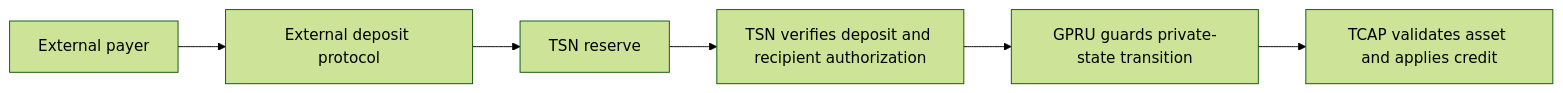
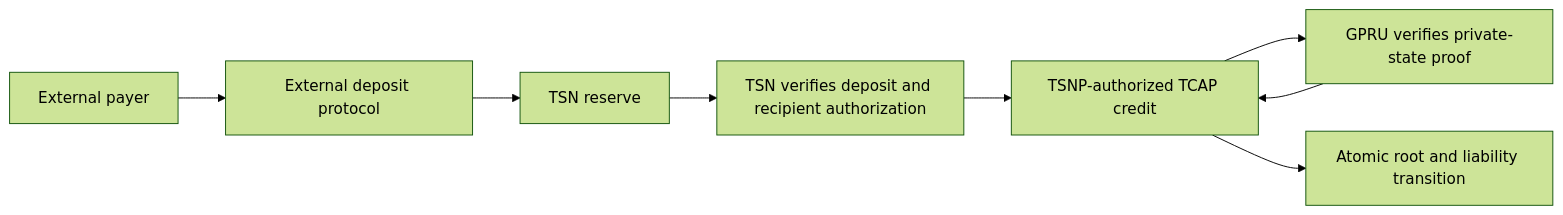
One commit to Trustlink-Labs/TSN-Protocol changed the diagram in tsn-docs/layers/dip.mdx. Above: the diagram before and after it, drawn with Mermaid (forest theme). The commit also changed 126 other files, not shown here.

````diff
--- a/tsn-docs/layers/dip.mdx
+++ b/tsn-docs/layers/dip.mdx
@@ -11,8 +11,10 @@
 ```mermaid
 flowchart LR
     P[External payer] --> X[External deposit protocol]
     X --> R[TSN reserve]
     R --> V[TSN verifies deposit and recipient authorization]
-    V --> G[GPRU guards private-state transition]
-    G --> C[TCAP validates asset and applies credit]
+    V --> C[TSNP-authorized TCAP credit]
+    C --> G[GPRU verifies private-state proof]
+    G --> C
+    C --> S[Atomic root and liability transition]
 ```
````
